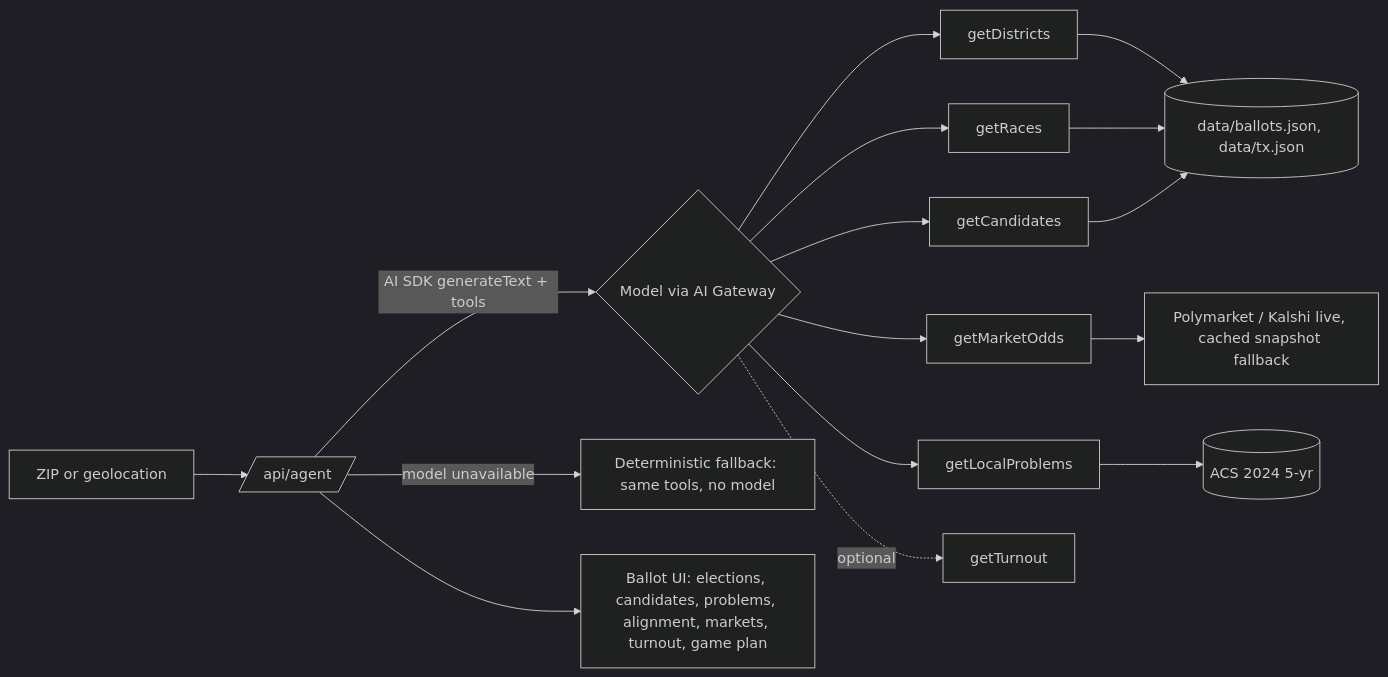
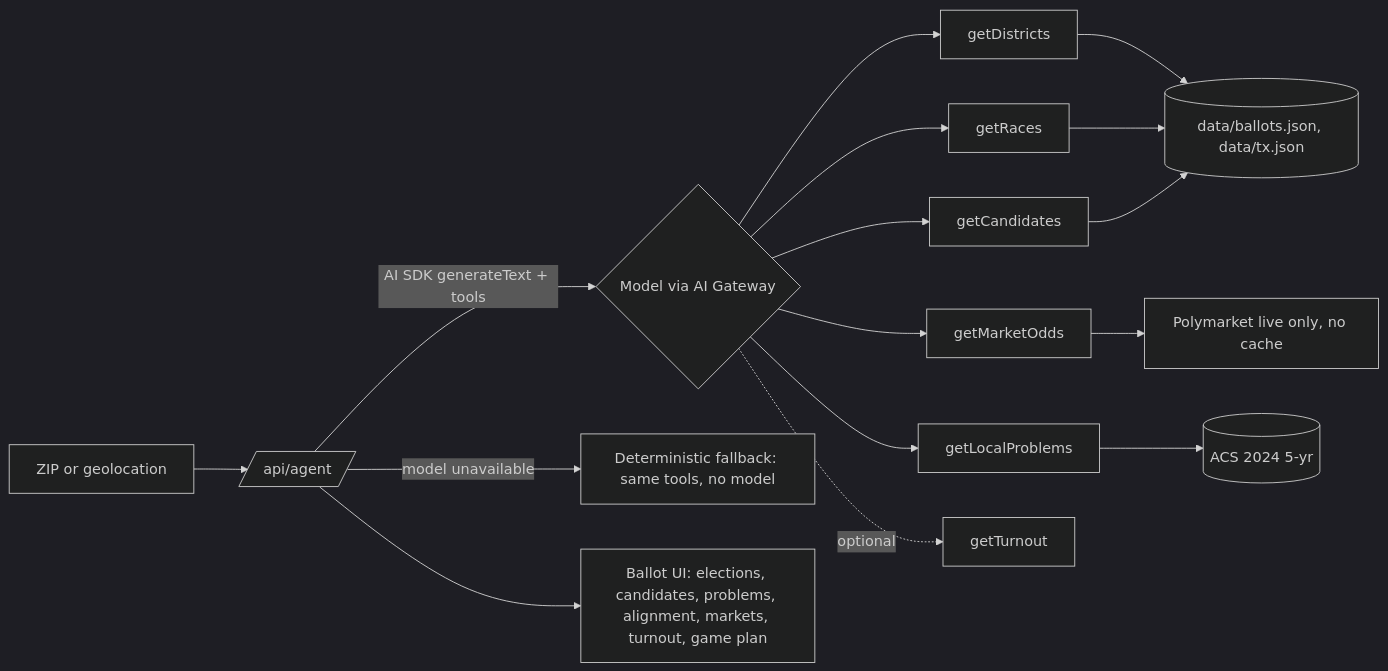
One commit to adamtpang/townhall.town changed the diagram in README.md. Above: the diagram before and after it, drawn with Mermaid (dark theme). The commit also changed other lines of this file and 48 other files, not shown here.

First line of the commit message:
Polymarket-only leader line, Spanish on, Inter Tight only, issue-overlap grades (preview), QA 9dfe90d + design p8

````diff
--- a/README.md
+++ b/README.md
@@ -27,12 +27,12 @@
 ```mermaid
 flowchart LR
   U[ZIP or geolocation] --> A[/api/agent/]
   A -->|AI SDK generateText + tools| M{Model via AI Gateway}
   M --> T1[getDistricts] & T2[getRaces] & T3[getCandidates] & T4[getMarketOdds] & T5[getLocalProblems]
   M -.optional.-> T6[getTurnout]
   A -->|model unavailable| F[Deterministic fallback: same tools, no model]
   T1 & T2 & T3 --> D[(data/ballots.json, data/tx.json)]
-  T4 --> P[Polymarket / Kalshi live, cached snapshot fallback]
+  T4 --> P[Polymarket live only, no cache]
   T5 --> C[(ACS 2024 5-yr)]
   A --> UI[Ballot UI: elections, candidates, problems, alignment, markets, turnout, game plan]
 ```
````
